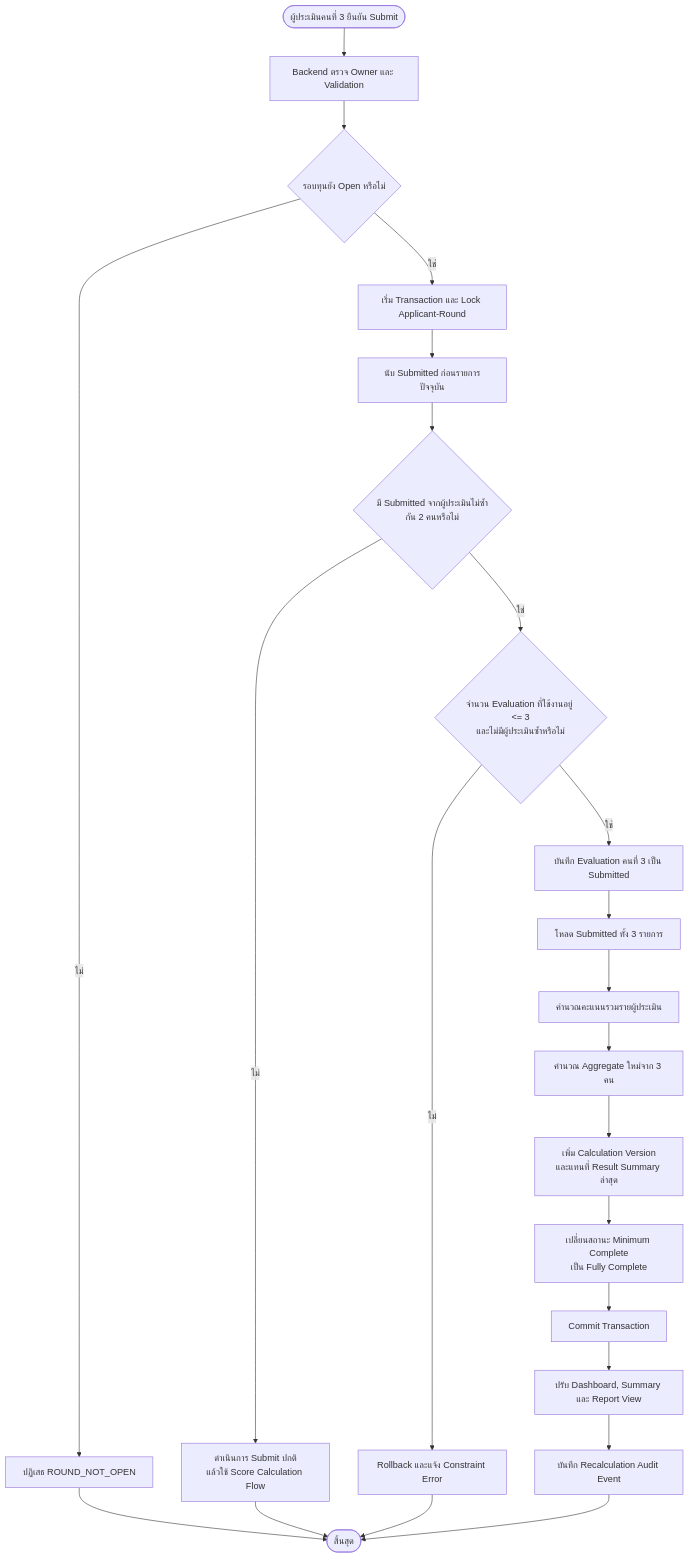
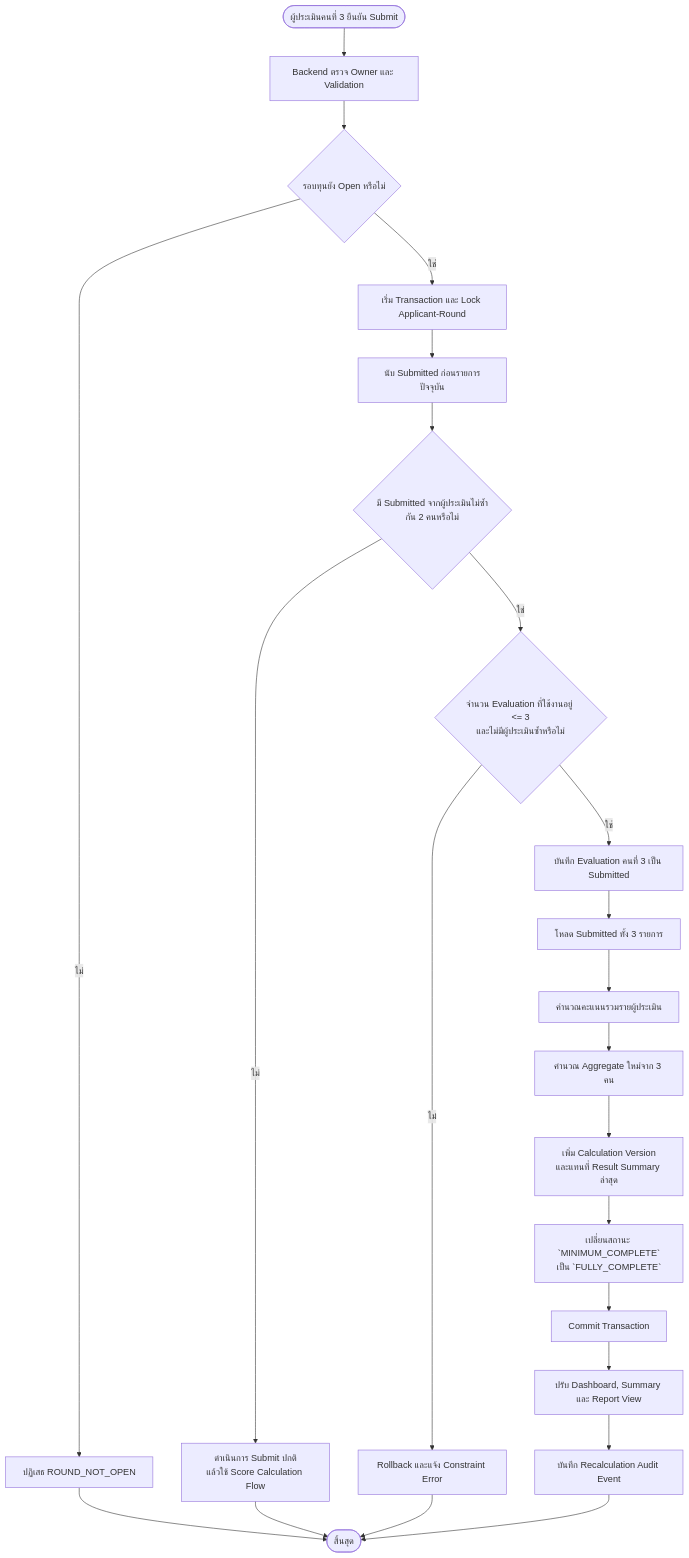
One commit to warattapobwaiarsa/SEMS_Docs changed the ninth of 13 diagrams in Design/Architecture/SEMS_Process_Flows.md. Above: the diagram before and after it, drawn with Mermaid. The commit also changed other lines of this file and 41 other files, not shown here.

````diff
--- a/Design/Architecture/SEMS_Process_Flows.md
+++ b/Design/Architecture/SEMS_Process_Flows.md
@@ -402,25 +402,25 @@
 ```mermaid
 flowchart TD
     A([ผู้ประเมินคนที่ 3 ยืนยัน Submit]) --> B["Backend ตรวจ Owner และ Validation"]
     B --> C{"รอบทุนยัง Open หรือไม่"}
     C -- ไม่ --> D["ปฏิเสธ ROUND_NOT_OPEN"]
     C -- ใช่ --> E["เริ่ม Transaction และ Lock Applicant-Round"]
     E --> F["นับ Submitted ก่อนรายการปัจจุบัน"]
     F --> G{"มี Submitted จากผู้ประเมินไม่ซ้ำกัน 2 คนหรือไม่"}
     G -- ไม่ --> H["ดำเนินการ Submit ปกติ<br/>แล้วใช้ Score Calculation Flow"]
     G -- ใช่ --> I{"จำนวน Evaluation ที่ใช้งานอยู่ <= 3<br/>และไม่มีผู้ประเมินซ้ำหรือไม่"}
     I -- ไม่ --> J["Rollback และแจ้ง Constraint Error"]
     I -- ใช่ --> K["บันทึก Evaluation คนที่ 3 เป็น Submitted"]
     K --> L["โหลด Submitted ทั้ง 3 รายการ"]
     L --> M["คำนวณคะแนนรวมรายผู้ประเมิน"]
     M --> N["คำนวณ Aggregate ใหม่จาก 3 คน"]
     N --> O["เพิ่ม Calculation Version<br/>และแทนที่ Result Summary ล่าสุด"]
-    O --> P["เปลี่ยนสถานะ Minimum Complete<br/>เป็น Fully Complete"]
+    O --> P["เปลี่ยนสถานะ `MINIMUM_COMPLETE`<br/>เป็น `FULLY_COMPLETE`"]
     P --> Q["Commit Transaction"]
     Q --> R["ปรับ Dashboard, Summary และ Report View"]
     R --> S["บันทึก Recalculation Audit Event"]
     S --> T([สิ้นสุด])
     D --> T
     H --> T
     J --> T
 ```
````
